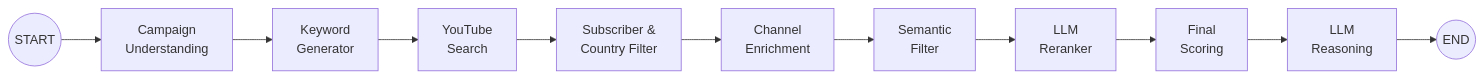
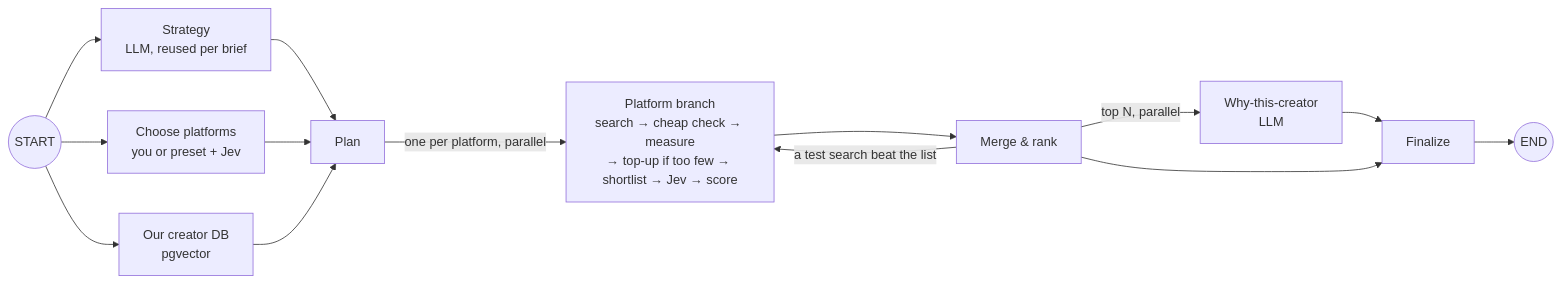
One commit to Srijan76-code/ReachAi-InfluencerMarketing changed the first of 2 diagrams in README.md. Above: the diagram before and after it, drawn with Mermaid. The commit also changed other lines of this file and 10 other files, not shown here.

````diff
--- a/README.md
+++ b/README.md
@@ -152,13 +202,16 @@
 ```mermaid
 graph LR
-    START((START)) --> A[Campaign<br/>Understanding]
-    A --> B[Keyword<br/>Generator]
-    B --> C[YouTube<br/>Search]
-    C --> D[Subscriber &<br/>Country Filter]
-    D --> E[Channel<br/>Enrichment]
-    E --> F[Semantic<br/>Filter]
-    F --> G[LLM<br/>Reranker]
-    G --> H[Final<br/>Scoring]
-    H --> I[LLM<br/>Reasoning]
-    I --> END((END))
+    START((START)) --> S[Strategy<br/>LLM, reused per brief]
+    START --> P[Choose platforms<br/>you or preset + Jev]
+    START --> D[Our creator DB<br/>pgvector]
+    S --> PL[Plan]
+    P --> PL
+    D --> PL
+    PL -->|one per platform, parallel| B[Platform branch<br/>search → cheap check → measure<br/>→ top-up if too few → shortlist → Jev → score]
+    B --> M[Merge & rank]
+    M -->|a test search beat the list| B
+    M -->|top N, parallel| R[Why-this-creator<br/>LLM]
+    R --> F[Finalize]
+    M --> F
+    F --> END((END))
 ```
````
